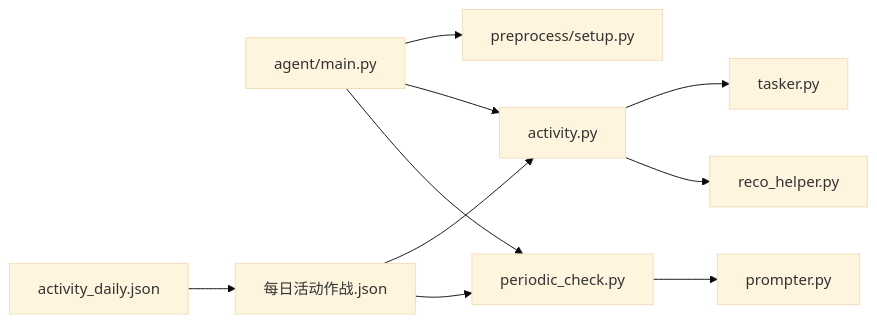
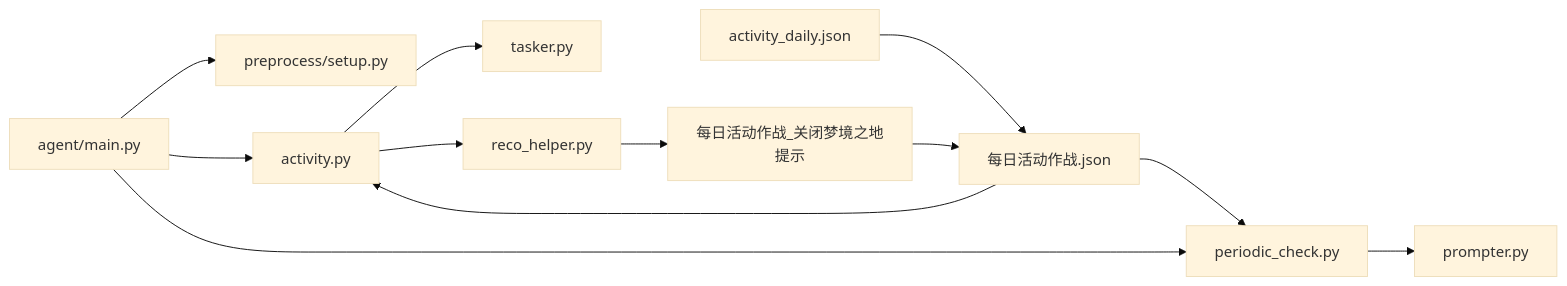
Before and after one commit to kqcoxn/MaaDuDuL: the tenth of 10 diagrams in .qoder/repowiki/zh/content/每日活动作战.md, drawn with Mermaid (base theme). The commit also changed other lines of this file and 4 other files, not shown here.

````diff
--- a/.qoder/repowiki/zh/content/每日活动作战.md
+++ b/.qoder/repowiki/zh/content/每日活动作战.md
@@ -326,12 +370,14 @@
 ```mermaid
 graph LR
 Activity["activity.py"] --> Tasker["tasker.py"]
 Activity --> Reco["reco_helper.py"]
 Periodic["periodic_check.py"] --> Prompter["prompter.py"]
 Main["agent/main.py"] --> Setup["preprocess/setup.py"]
 Main --> Activity
 Main --> Periodic
 TaskDef["activity_daily.json"] --> Pipeline["每日活动作战.json"]
 Pipeline --> Activity
 Pipeline --> Periodic
+Dreamland["每日活动作战_关闭梦境之地提示"] --> Pipeline
+Reco --> Dreamland
 ```
````
